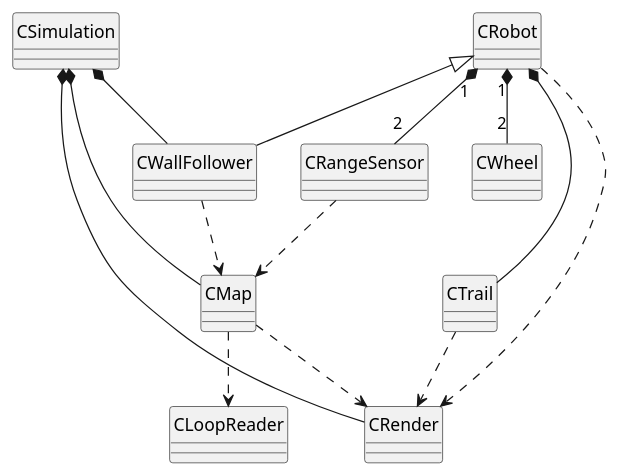
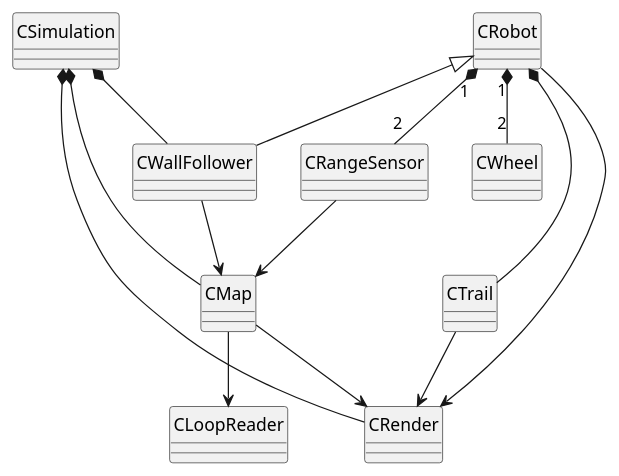
The diagram in A1(UML.Final).puml (jyan6400/MTRX3760-Lab-2-Group-82), drawn with PlantUML before and after one commit.

Commit message:
Change associations from dotted to solid lines

```diff
--- a/A1(UML.Final).puml
+++ b/A1(UML.Final).puml
@@ -1,44 +1,44 @@
 @startuml
 skinparam classAttributeIconSize 0
 skinparam style strictuml
 
 class CSimulation
 class CRender
 class CMap
 class CLoopReader
 class CRobot
 class CWallFollower
 class CWheel
 class CRangeSensor
 class CTrail
 
 CRobot <|-- CWallFollower
 
 'Each update advances the simulation 
 'by a fixed amount of simulated time.
 CSimulation *-- CRender
 CSimulation *-- CMap
 
 'Each time the robot collides with a wall, 
 'the collision is reported to the console.
 CSimulation *-- CWallFollower
 
 'The robot is driven by two independently 
 'controlled wheels, one either side.
 CRobot "1" *-- "2" CWheel
 
 'The robot carries exactly two range sensors
 CRobot "1" *-- "2" CRangeSensor
 
 'The robot leaves a trail behind it showing its trajectory, 
 'and the trail remains visible for the whole run.
 CRobot *-- CTrail
 
-CMap..> CLoopReader
-CWallFollower ..> CMap
-CRangeSensor ..> CMap
-CRobot ..> CRender
-CMap ..> CRender
-CTrail ..> CRender
+CMap --> CLoopReader
+CWallFollower --> CMap
+CRangeSensor --> CMap
+CRobot --> CRender
+CMap --> CRender
+CTrail --> CRender
 
 @enduml
```
